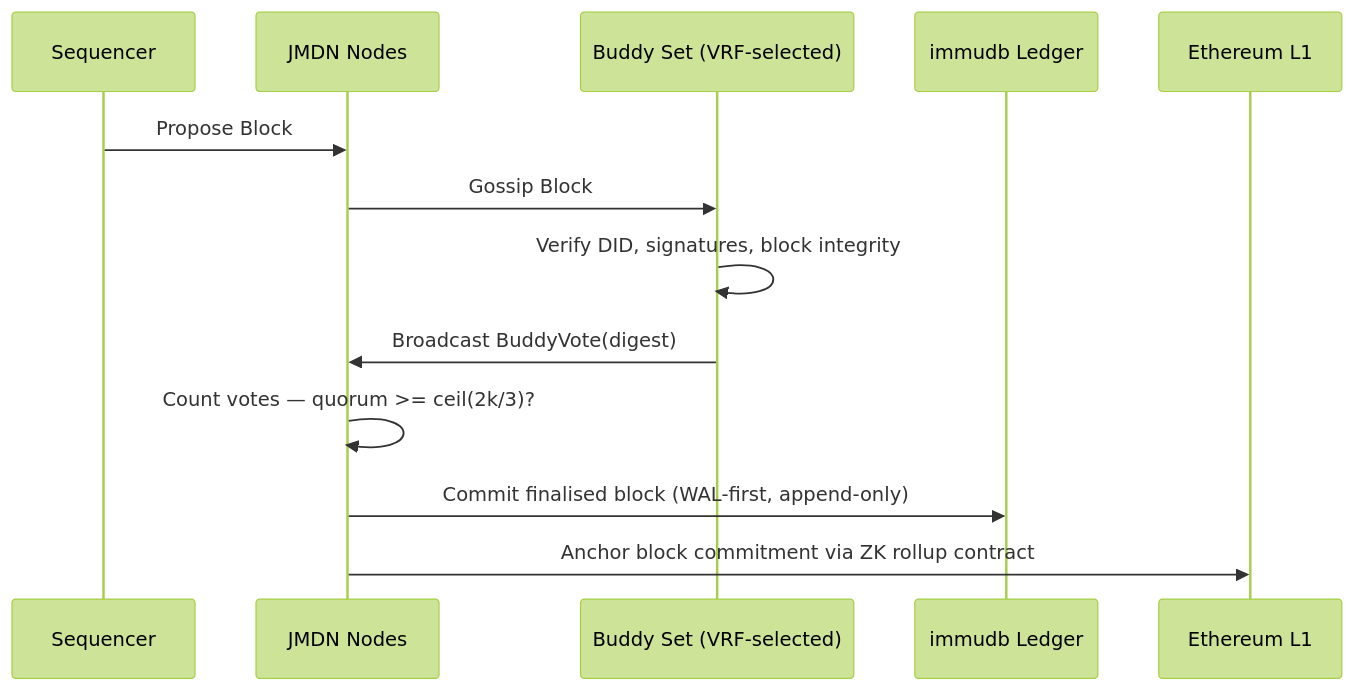
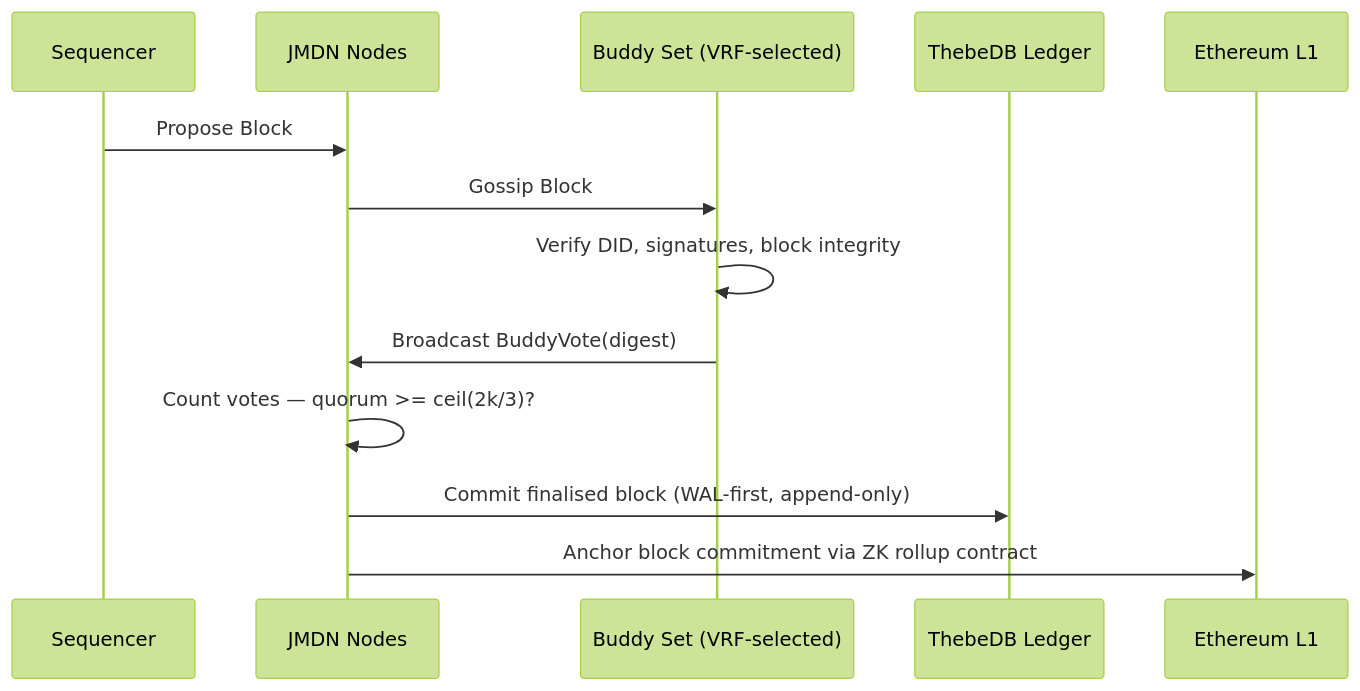
Before and after one commit to JupiterMetaLabs/docs: the diagram in versioned_docs/version-2.0/bft.md, drawn with Mermaid (forest theme). The commit also changed other lines of this file and 99 other files, not shown here.

````diff
--- a/versioned_docs/version-2.0/bft.md
+++ b/versioned_docs/version-2.0/bft.md
@@ -66,16 +66,16 @@
 ```mermaid
 sequenceDiagram
     participant S as Sequencer
     participant JMDN as JMDN Nodes
     participant Buddies as Buddy Set (VRF-selected)
-    participant immudb as immudb Ledger
+    participant ThebeDB as ThebeDB Ledger
     participant L1 as Ethereum L1
 
     S->>JMDN: Propose Block
     JMDN->>Buddies: Gossip Block
     Buddies->>Buddies: Verify DID, signatures, block integrity
     Buddies->>JMDN: Broadcast BuddyVote(digest)
     JMDN->>JMDN: Count votes — quorum >= ceil(2k/3)?
-    JMDN->>immudb: Commit finalised block (WAL-first, append-only)
+    JMDN->>ThebeDB: Commit finalised block (WAL-first, append-only)
     JMDN->>L1: Anchor block commitment via ZK rollup contract
 ```
````
